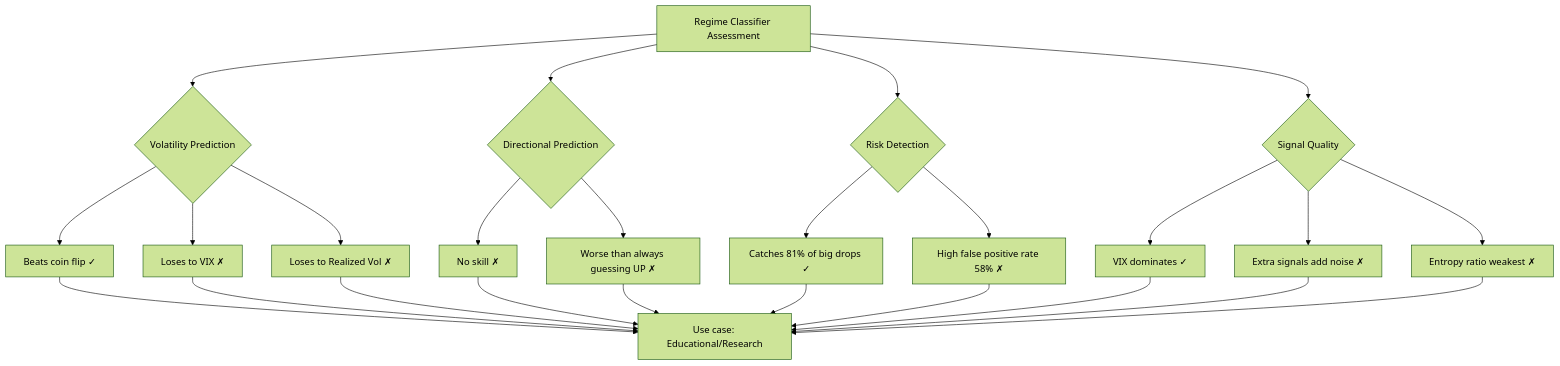
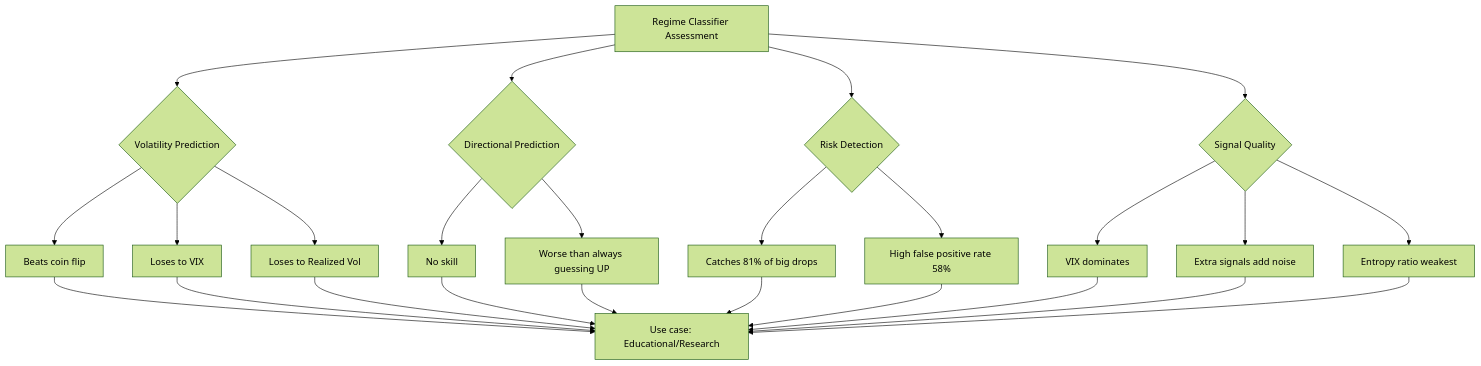
Diagram 19 of 20 in VISUALIZATION.md (VarunGore36/regime-classifier), drawn with Mermaid (forest theme) before and after one commit. The commit also changed other lines of this file, not shown here.

````diff
--- a/VISUALIZATION.md
+++ b/VISUALIZATION.md
@@ -310,28 +310,28 @@
 ```mermaid
 flowchart TD
     A[Regime Classifier Assessment] --> B{Volatility Prediction}
-    B --> C[Beats coin flip ✓]
-    B --> D[Loses to VIX ✗]
-    B --> E[Loses to Realized Vol ✗]
+    B --> C[Beats coin flip]
+    B --> D[Loses to VIX]
+    B --> E[Loses to Realized Vol]
     A --> F{Directional Prediction}
-    F --> G[No skill ✗]
-    F --> H[Worse than always guessing UP ✗]
+    F --> G[No skill]
+    F --> H[Worse than always guessing UP]
     A --> I{Risk Detection}
-    I --> J[Catches 81% of big drops ✓]
-    I --> K[High false positive rate 58% ✗]
+    I --> J[Catches 81% of big drops]
+    I --> K[High false positive rate 58%]
     A --> L{Signal Quality}
-    L --> M[VIX dominates ✓]
-    L --> N[Extra signals add noise ✗]
-    L --> O[Entropy ratio weakest ✗]
+    L --> M[VIX dominates]
+    L --> N[Extra signals add noise]
+    L --> O[Entropy ratio weakest]
     
     C --> P[Use case: Educational/Research]
     D --> P
     E --> P
     G --> P
     H --> P
     J --> P
     K --> P
     M --> P
     N --> P
     O --> P
 ```
````
